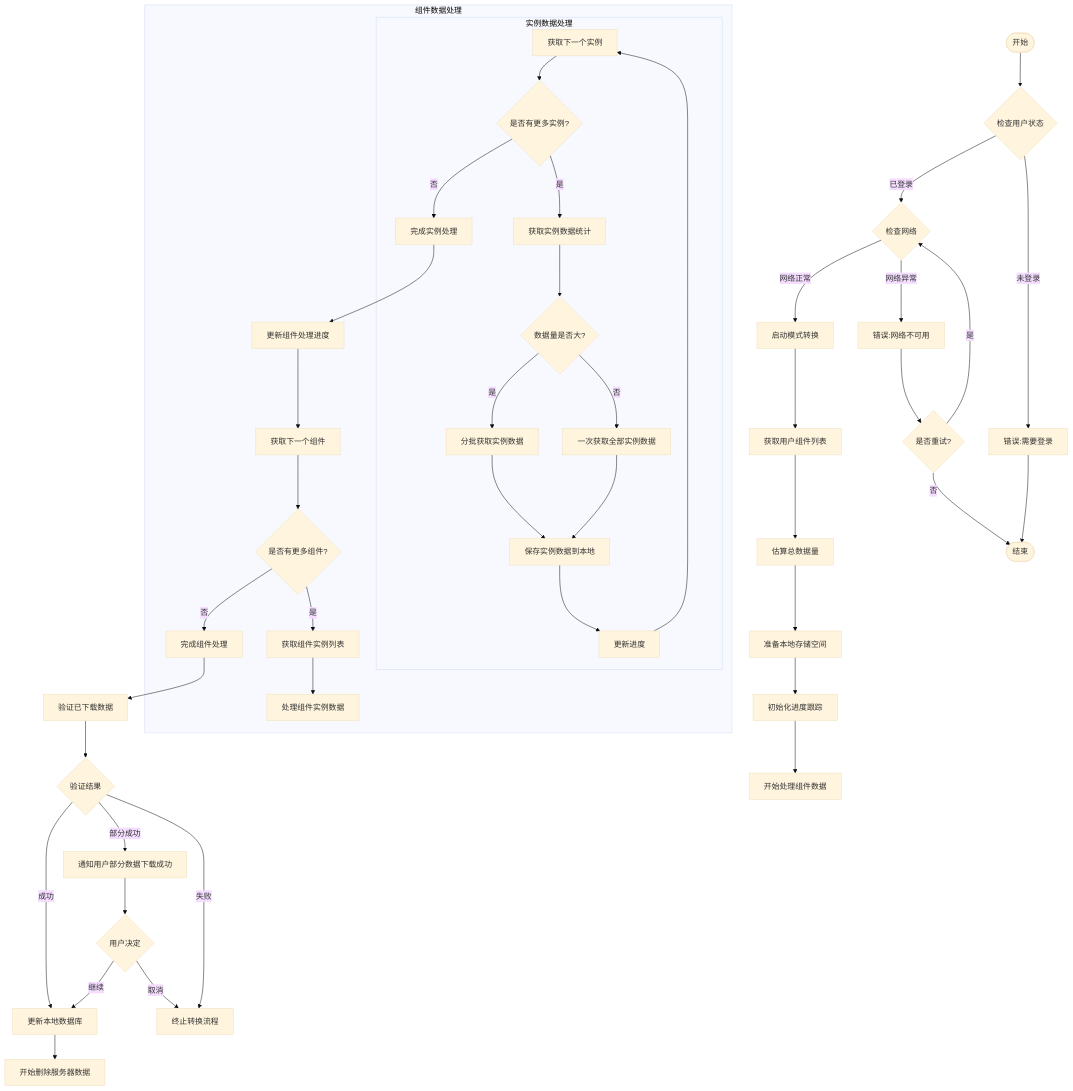
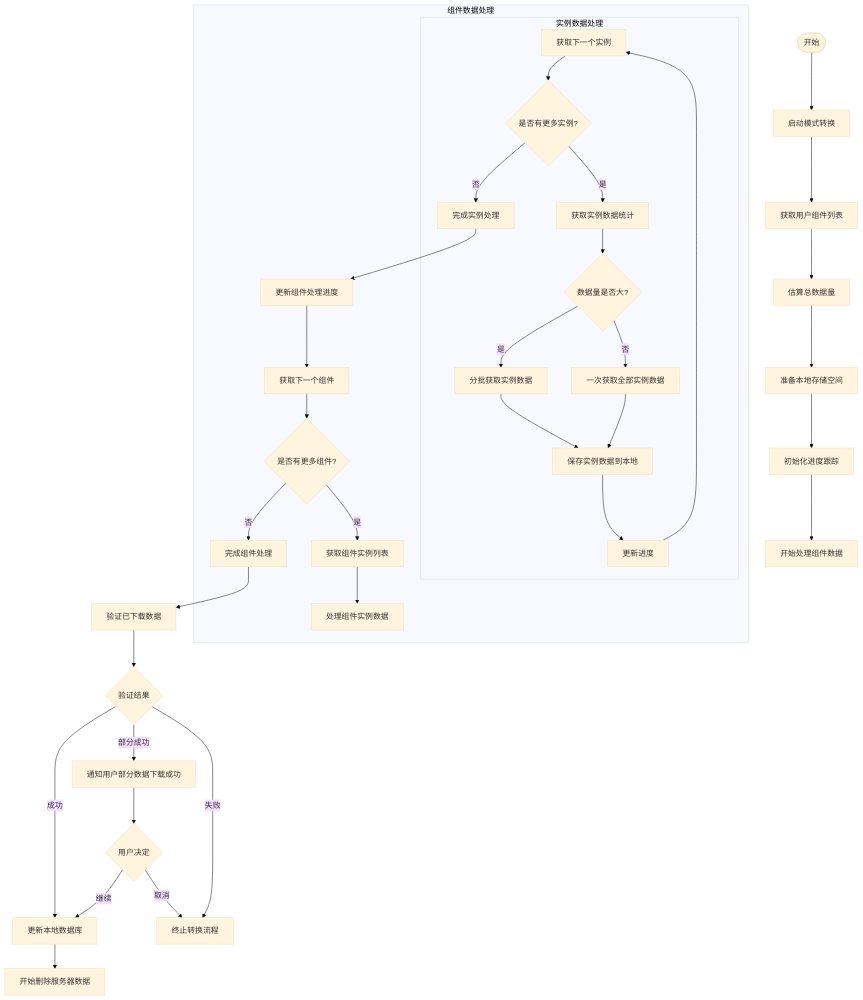
Before and after one commit to yingjianzh/iodraw-files: the diagram in all/未命名-49.md, drawn with Mermaid (base theme).

Commit message:
2025-05-07 18:15:54 update

````diff
--- a/all/未命名-49.md
+++ b/all/未命名-49.md
@@ -1,55 +1,47 @@
 ```mermaid
 flowchart TD
-    Start([开始]) --> CheckStatus{检查用户状态}
-    CheckStatus -->|已登录| CheckNetwork{检查网络}
-    CheckStatus -->|未登录| Error1[错误:需要登录]
-    Error1 --> End([结束])
+    Start([开始]) -->  StartTransition[启动模式转换]
     
-    CheckNetwork -->|网络正常| StartTransition[启动模式转换]
-    CheckNetwork -->|网络异常| Error2[错误:网络不可用]
-    Error2 --> RetryCheck{是否重试?}
-    RetryCheck -->|是| CheckNetwork
-    RetryCheck -->|否| End
     
     StartTransition --> GetComponentList[获取用户组件列表]
     GetComponentList --> EstimateDataSize[估算总数据量]
     EstimateDataSize --> PrepareLocalStorage[准备本地存储空间]
     PrepareLocalStorage --> InitializeProgress[初始化进度跟踪]
     
     InitializeProgress --> ProcessComponents[开始处理组件数据]
     
     subgraph ComponentProcessing [组件数据处理]
         A[获取下一个组件] --> B{是否有更多组件?}
         B -->|否| ExitComponentLoop[完成组件处理]
         B -->|是| C[获取组件实例列表]
         C --> D[处理组件实例数据]
         
         subgraph InstanceProcessing [实例数据处理]
             D1[获取下一个实例] --> D2{是否有更多实例?}
             D2 -->|否| D8[完成实例处理]
             D2 -->|是| D3[获取实例数据统计]
             D3 --> D4{数据量是否大?}
             D4 -->|是| D5[分批获取实例数据]
             D4 -->|否| D6[一次获取全部实例数据]
             D5 --> D7[保存实例数据到本地]
             D6 --> D7
             D7 --> D9[更新进度]
             D9 --> D1
         end
         
         D8 --> E[更新组件处理进度]
         E --> A
     end
     
     ExitComponentLoop --> ValidateDownloadedData[验证已下载数据]
     ValidateDownloadedData --> ValidationResult{验证结果}
     ValidationResult -->|成功| UpdateLocalDatabase[更新本地数据库]
     ValidationResult -->|部分成功| NotifyPartial[通知用户部分数据下载成功]
     ValidationResult -->|失败| AbortProcess[终止转换流程]
     
     NotifyPartial --> UserDecision{用户决定}
     UserDecision -->|继续| UpdateLocalDatabase
     UserDecision -->|取消| AbortProcess
     
     UpdateLocalDatabase --> StartDeletingServerData[开始删除服务器数据]
 ```
````
